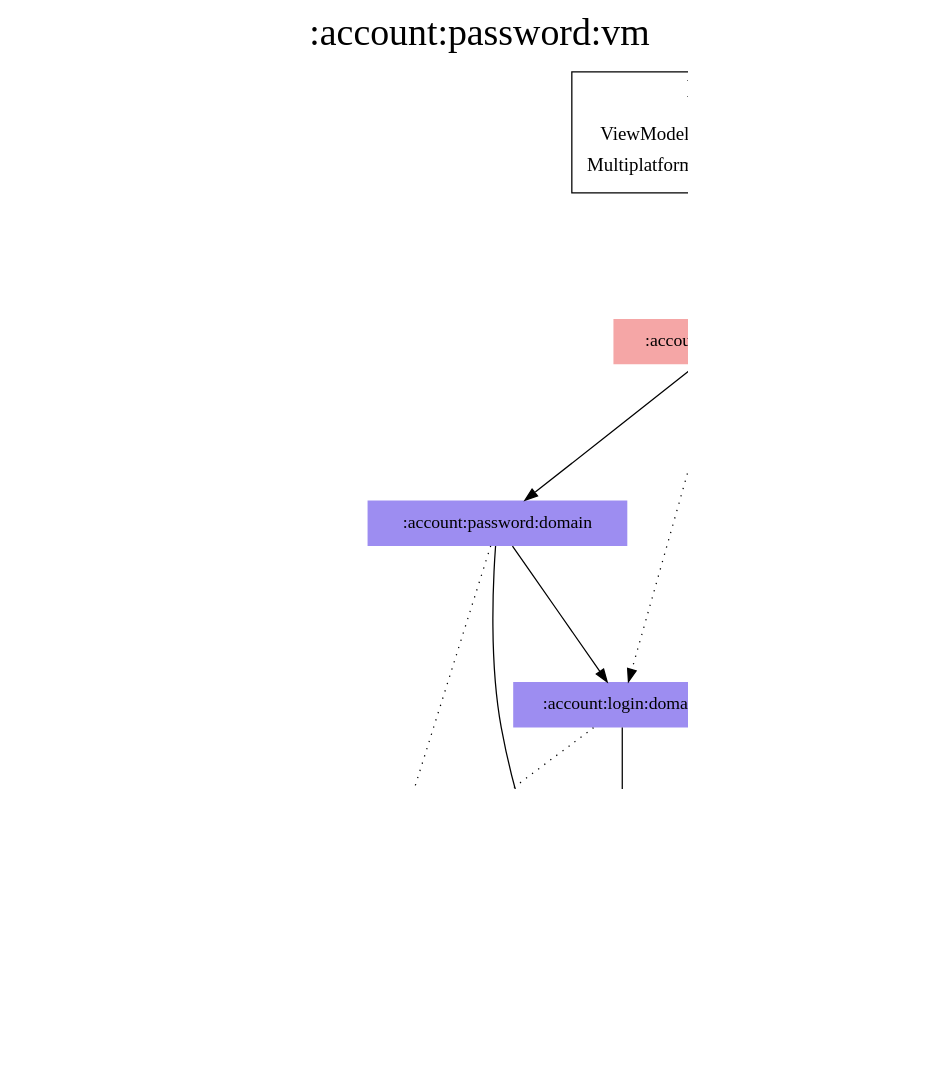
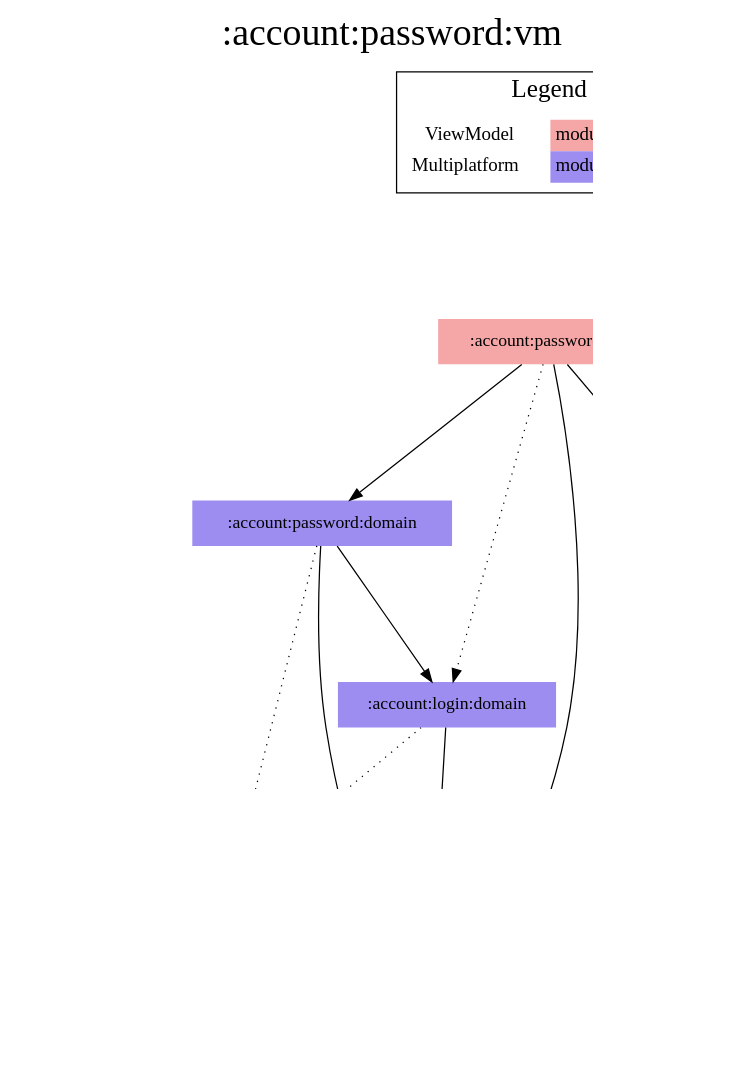
One commit to jonapoul/aktual changed the diagram in modules/account/password/vm/project-dependency-graph.dot. Above: the diagram before and after it, drawn with Graphviz. The commit also changed 113 other files, not shown here.

```diff
--- a/modules/account/password/vm/project-dependency-graph.dot
+++ b/modules/account/password/vm/project-dependency-graph.dot
@@ -1,41 +1,39 @@
 digraph {
 edge ["dir"="forward"]
 graph ["dpi"="100","label"=":account:password:vm","labelloc"="t","fontsize"="30","ranksep"="1.5","rankdir"="TB"]
 node ["style"="filled"]
-":account:password:vm" ["fillcolor"="#F5A6A6","shape"="none"]
+":account:login:domain" ["fillcolor"="#9D8DF1","shape"="none"]
 ":account:model" ["fillcolor"="#9D8DF1","shape"="none"]
 ":account:password:domain" ["fillcolor"="#9D8DF1","shape"="none"]
-":account:login:domain" ["fillcolor"="#9D8DF1","shape"="none"]
+":account:password:vm" ["fillcolor"="#F5A6A6","shape"="none"]
 ":api:actual" ["fillcolor"="#9D8DF1","shape"="none"]
 ":budget:model" ["fillcolor"="#9D8DF1","shape"="none"]
+":core:versions" ["fillcolor"="#9D8DF1","shape"="none"]
 ":url:model" ["fillcolor"="#9D8DF1","shape"="none"]
-":codegen:annotation" ["fillcolor"="#9D8DF1","shape"="none"]
-":core:versions" ["fillcolor"="#9D8DF1","shape"="none"]
 {
 edge ["dir"="none"]
 graph ["rank"="same"]
 }
 ":account:login:domain" -> ":account:model"
 ":account:login:domain" -> ":api:actual" ["style"="dotted"]
 ":account:password:domain" -> ":account:login:domain"
 ":account:password:domain" -> ":account:model"
 ":account:password:domain" -> ":api:actual" ["style"="dotted"]
 ":account:password:vm" -> ":account:login:domain" ["style"="dotted"]
 ":account:password:vm" -> ":account:model"
 ":account:password:vm" -> ":account:password:domain"
 ":account:password:vm" -> ":core:versions"
 ":api:actual" -> ":account:model"
 ":api:actual" -> ":budget:model"
-":api:actual" -> ":codegen:annotation" ["style"="dotted"]
 ":api:actual" -> ":url:model"
 subgraph "cluster_legend" {
 edge ["dir"="none"]
 graph ["label"="Legend","fontsize"="20"]
 "Legend" ["style"="filled","fillcolor"="#FFFFFF","shape"="none","margin"="0","fontsize"="15","label"=<
 <TABLE BORDER="0" CELLBORDER="0" CELLSPACING="0" CELLPADDING="4">
 <TR><TD>ViewModel</TD><TD BGCOLOR="#F5A6A6">module-name</TD></TR>
 <TR><TD>Multiplatform</TD><TD BGCOLOR="#9D8DF1">module-name</TD></TR>
 </TABLE>
 >]
 } -> ":account:password:vm" ["style"="invis"]
 }
```
